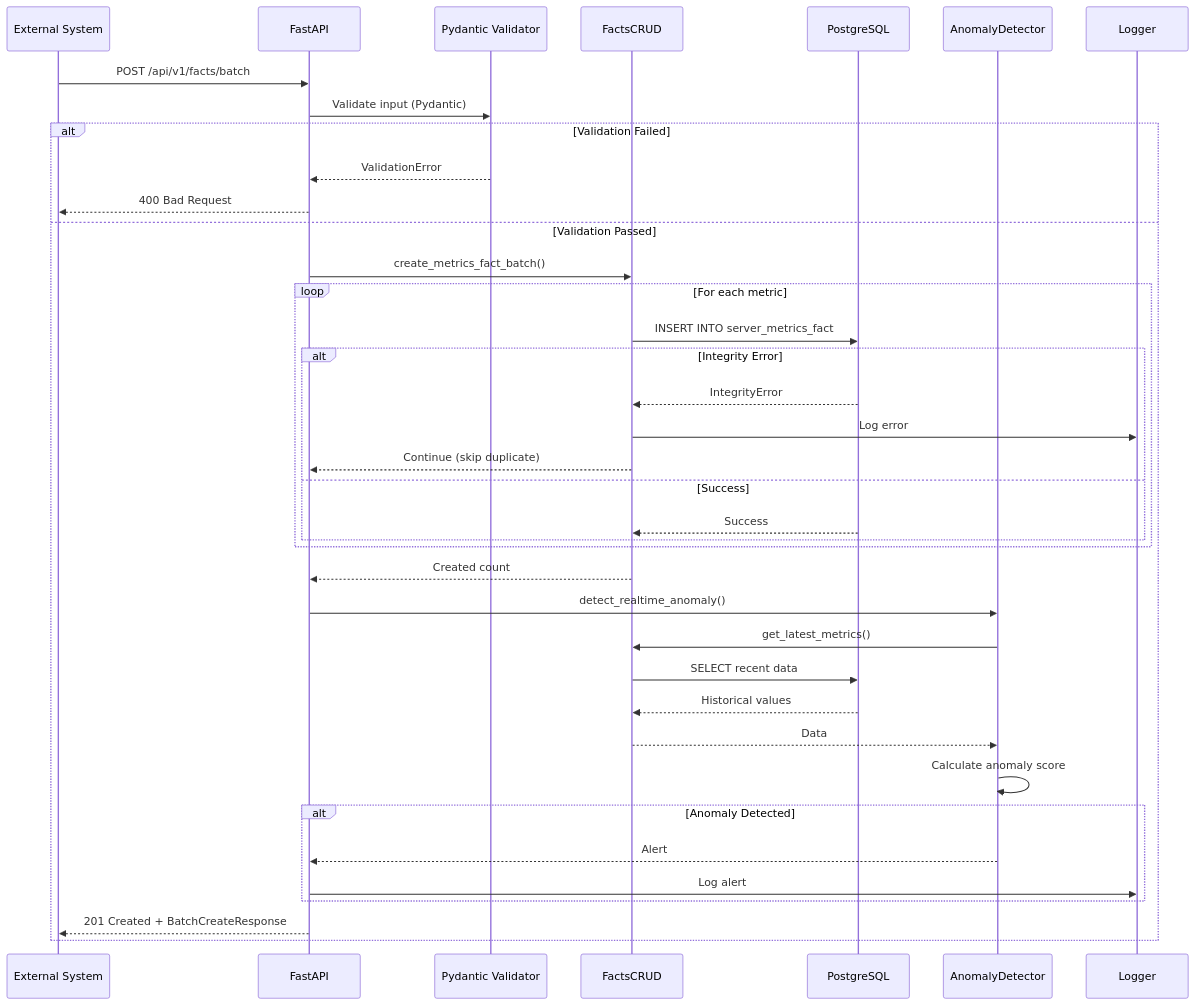
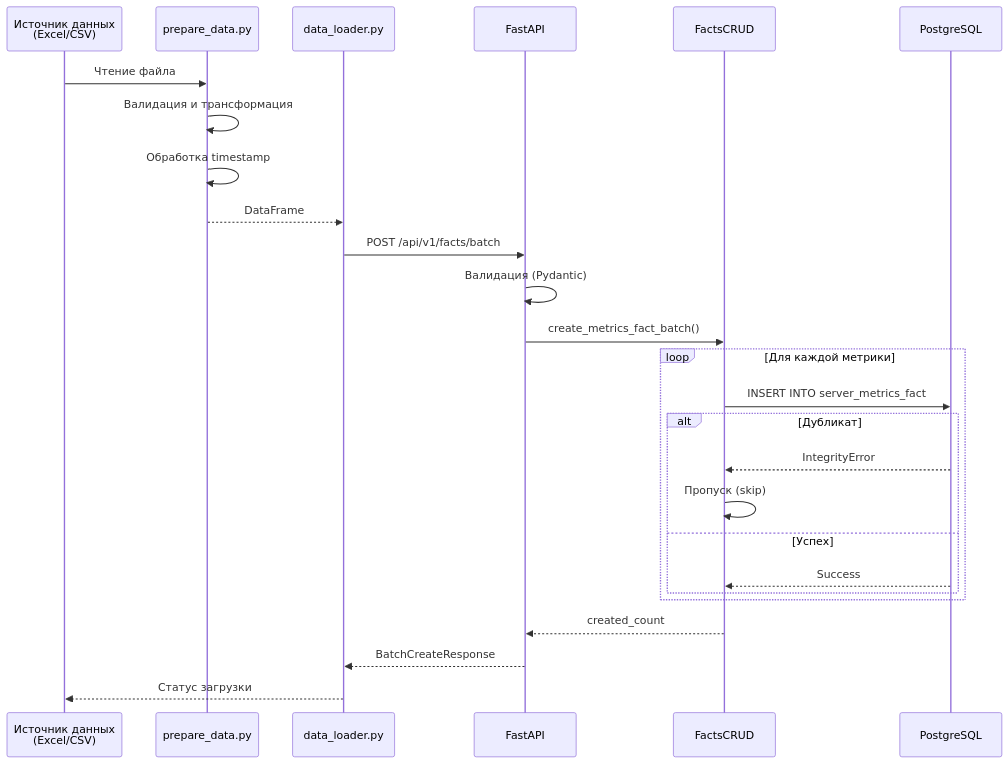
Before and after one commit to sweetd0vee/servers-dashboard: the seventh of 13 diagrams in docs/ARCHITECTURE.md, drawn with Mermaid. The commit also changed other lines of this file and 1 other file, not shown here.

````diff
--- a/docs/ARCHITECTURE.md
+++ b/docs/ARCHITECTURE.md
@@ -382,44 +326,33 @@
 ```mermaid
 sequenceDiagram
-    participant External as External System
+    participant Source as Источник данных<br/>(Excel/CSV)
+    participant Prep as prepare_data.py
+    participant Loader as data_loader.py
     participant API as FastAPI
-    participant Validator as Pydantic Validator
     participant CRUD as FactsCRUD
     participant DB as PostgreSQL
-    participant Anomaly as AnomalyDetector
-    participant Logger as Logger
     
-    External->>API: POST /api/v1/facts/batch
-    API->>Validator: Validate input (Pydantic)
+    Source->>Prep: Чтение файла
+    Prep->>Prep: Валидация и трансформация
+    Prep->>Prep: Обработка timestamp
+    Prep-->>Loader: DataFrame
     
-    alt Validation Failed
-        Validator-->>API: ValidationError
-        API-->>External: 400 Bad Request
-    else Validation Passed
-        API->>CRUD: create_metrics_fact_batch()
-        
-        loop For each metric
-            CRUD->>DB: INSERT INTO server_metrics_fact
-            alt Integrity Error
-                DB-->>CRUD: IntegrityError
-                CRUD->>Logger: Log error
-                CRUD-->>API: Continue (skip duplicate)
-            else Success
-                DB-->>CRUD: Success
-            end
+    Loader->>API: POST /api/v1/facts/batch
+    API->>API: Валидация (Pydantic)
+    
+    API->>CRUD: create_metrics_fact_batch()
+    
+    loop Для каждой метрики
+        CRUD->>DB: INSERT INTO server_metrics_fact
+        alt Дубликат
+            DB-->>CRUD: IntegrityError
+            CRUD->>CRUD: Пропуск (skip)
+        else Успех
+            DB-->>CRUD: Success
         end
-        
-        CRUD-->>API: Created count
-        API->>Anomaly: detect_realtime_anomaly()
-        Anomaly->>CRUD: get_latest_metrics()
-        CRUD->>DB: SELECT recent data
-        DB-->>CRUD: Historical values
-        CRUD-->>Anomaly: Data
-        Anomaly->>Anomaly: Calculate anomaly score
-        alt Anomaly Detected
-            Anomaly-->>API: Alert
-            API->>Logger: Log alert
-        end
-        API-->>External: 201 Created + BatchCreateResponse
     end
+    
+    CRUD-->>API: created_count
+    API-->>Loader: BatchCreateResponse
+    Loader-->>Source: Статус загрузки
 ```
````
